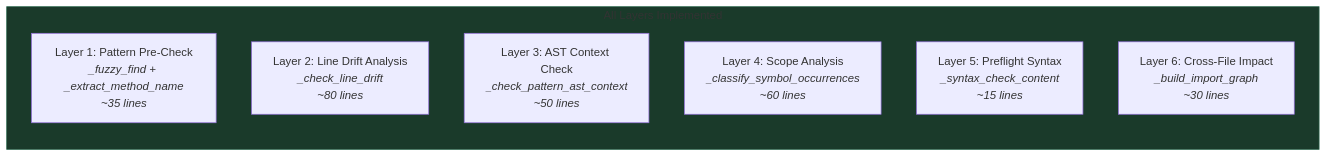
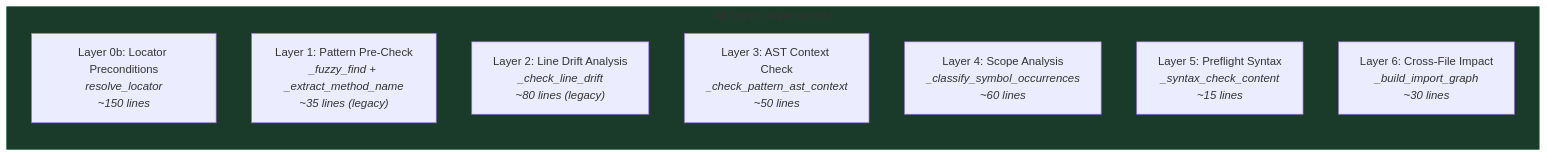
Before and after one commit to toreleon/graph-transform-agent: diagram 11 of 15 in _bmad-output/research/graphplan-architecture.md, drawn with Mermaid. The commit also changed other lines of this file and 4 other files, not shown here.

First line of the commit message:
Feat(GraphPlan): Implement AST-node transformation primitives with locator system

````diff
--- a/_bmad-output/research/graphplan-architecture.md
+++ b/_bmad-output/research/graphplan-architecture.md
@@ -1163,14 +1266,15 @@
 ```mermaid
 flowchart LR
     subgraph Done ["All Layers Implemented"]
         direction TB
-        P1["Layer 1: Pattern Pre-Check<br/><i>_fuzzy_find + _extract_method_name<br/>~35 lines</i>"]
-        P2["Layer 2: Line Drift Analysis<br/><i>_check_line_drift<br/>~80 lines</i>"]
+        P0b["Layer 0b: Locator Preconditions<br/><i>resolve_locator<br/>~150 lines</i>"]
+        P1["Layer 1: Pattern Pre-Check<br/><i>_fuzzy_find + _extract_method_name<br/>~35 lines (legacy)</i>"]
+        P2["Layer 2: Line Drift Analysis<br/><i>_check_line_drift<br/>~80 lines (legacy)</i>"]
         P3["Layer 3: AST Context Check<br/><i>_check_pattern_ast_context<br/>~50 lines</i>"]
         P4["Layer 4: Scope Analysis<br/><i>_classify_symbol_occurrences<br/>~60 lines</i>"]
         P5["Layer 5: Preflight Syntax<br/><i>_syntax_check_content<br/>~15 lines</i>"]
         P6["Layer 6: Cross-File Impact<br/><i>_build_import_graph<br/>~30 lines</i>"]
     end
 
     style Done fill:#1a3a2a,stroke:#2d6a4f
 ```
````
